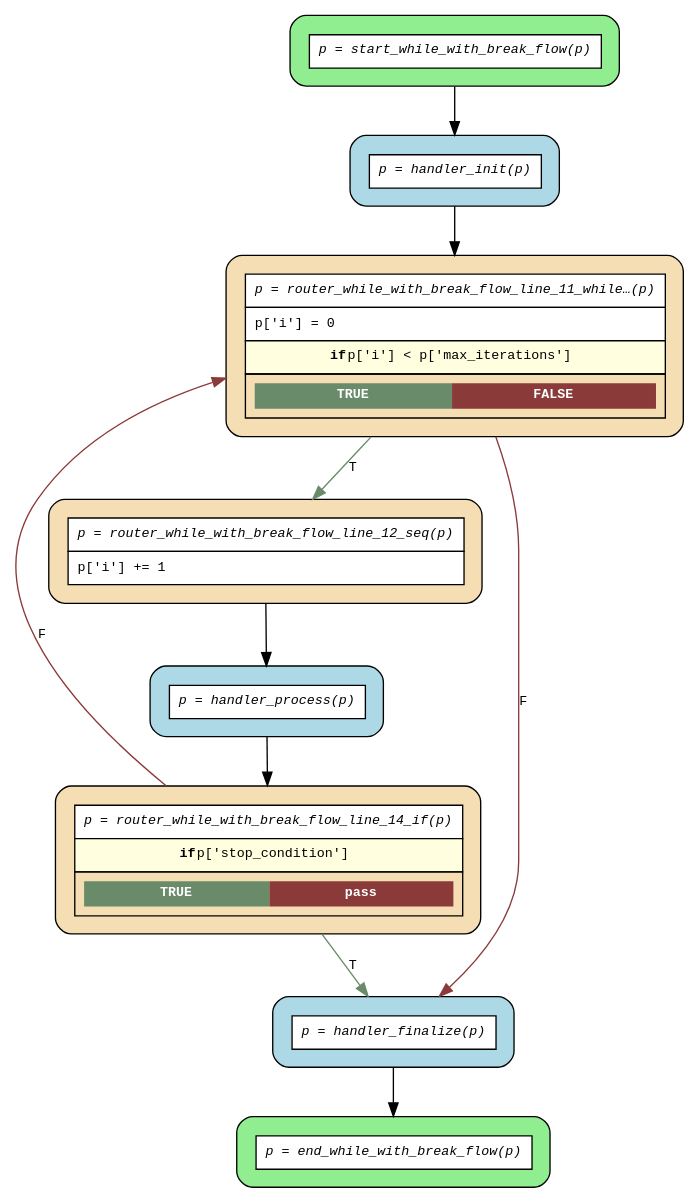
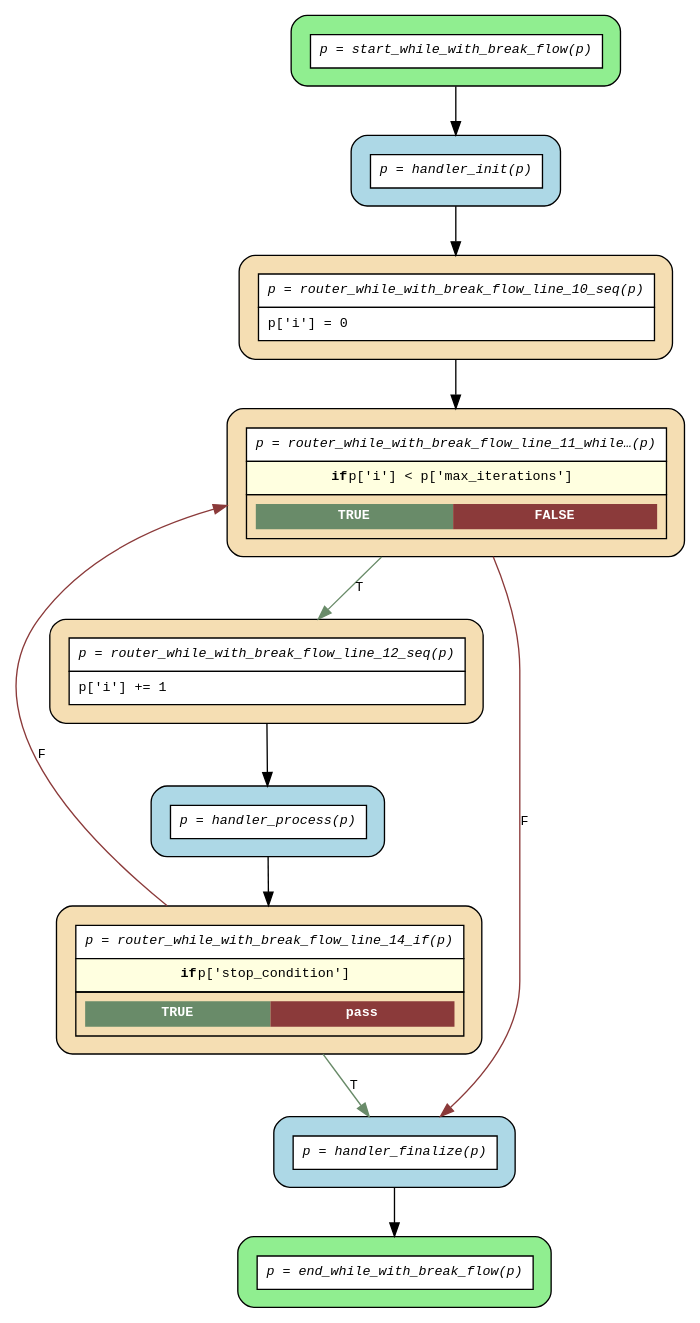
One commit to deliveryhero/asya changed the diagram in examples/flows/compiled/while_with_break/flow.dot. Above: the diagram before and after it, drawn with Graphviz. The commit also changed 31 other files, not shown here.

```diff
--- a/examples/flows/compiled/while_with_break/flow.dot
+++ b/examples/flows/compiled/while_with_break/flow.dot
@@ -1,25 +1,27 @@
 digraph flow {
   rankdir=TB;
   graph [fontname="Courier", fontsize=10];
   node [fontname="Courier", fontsize=10, shape=box, style="filled,rounded", margin="0.2"];
   edge [fontname="Courier", fontsize=10];
 
   start_while_with_break_flow [fillcolor="lightgreen", label=<<table border="0" cellspacing="0" cellpadding="6" cellborder="1"><tr><td bgcolor="white" align="center"><i>p = start_while_with_break_flow(p)</i></td></tr></table>>];
   router_while_with_break_flow_line_14_if [fillcolor="wheat", label=<<table border="0" cellspacing="0" cellpadding="6" cellborder="1"><tr><td bgcolor="white" align="center"><i>p = router_while_with_break_flow_line_14_if(p)</i></td></tr><tr><td bgcolor="lightyellow"><b>if</b> p['stop_condition']</td></tr><tr><td><table border="0" cellspacing="0" cellpadding="4"><tr><td bgcolor="darkseagreen4"><font color="white"><b>TRUE</b></font></td><td bgcolor="indianred4"><font color="white"><b>pass</b></font></td></tr></table></td></tr></table>>];
   router_while_with_break_flow_line_12_seq [fillcolor="wheat", label=<<table border="0" cellspacing="0" cellpadding="6" cellborder="1"><tr><td bgcolor="white" align="center"><i>p = router_while_with_break_flow_line_12_seq(p)</i></td></tr><tr><td bgcolor="white" align="left">p['i'] += 1</td></tr></table>>];
-  router_while_with_break_flow_line_11_while_0 [fillcolor="wheat", label=<<table border="0" cellspacing="0" cellpadding="6" cellborder="1"><tr><td bgcolor="white" align="center"><i>p = router_while_with_break_flow_line_11_while…(p)</i></td></tr><tr><td bgcolor="white" align="left">p['i'] = 0</td></tr><tr><td bgcolor="lightyellow"><b>if</b> p['i'] &lt; p['max_iterations']</td></tr><tr><td><table border="0" cellspacing="0" cellpadding="4"><tr><td bgcolor="darkseagreen4"><font color="white"><b>TRUE</b></font></td><td bgcolor="indianred4"><font color="white"><b>FALSE</b></font></td></tr></table></td></tr></table>>];
+  router_while_with_break_flow_line_11_while_0 [fillcolor="wheat", label=<<table border="0" cellspacing="0" cellpadding="6" cellborder="1"><tr><td bgcolor="white" align="center"><i>p = router_while_with_break_flow_line_11_while…(p)</i></td></tr><tr><td bgcolor="lightyellow"><b>if</b> p['i'] &lt; p['max_iterations']</td></tr><tr><td><table border="0" cellspacing="0" cellpadding="4"><tr><td bgcolor="darkseagreen4"><font color="white"><b>TRUE</b></font></td><td bgcolor="indianred4"><font color="white"><b>FALSE</b></font></td></tr></table></td></tr></table>>];
+  router_while_with_break_flow_line_10_seq [fillcolor="wheat", label=<<table border="0" cellspacing="0" cellpadding="6" cellborder="1"><tr><td bgcolor="white" align="center"><i>p = router_while_with_break_flow_line_10_seq(p)</i></td></tr><tr><td bgcolor="white" align="left">p['i'] = 0</td></tr></table>>];
   end_while_with_break_flow [fillcolor="lightgreen", label=<<table border="0" cellspacing="0" cellpadding="6" cellborder="1"><tr><td bgcolor="white" align="center"><i>p = end_while_with_break_flow(p)</i></td></tr></table>>];
   handler_finalize [fillcolor="lightblue", label=<<table border="0" cellspacing="0" cellpadding="6" cellborder="1"><tr><td bgcolor="white" align="center"><i>p = handler_finalize(p)</i></td></tr></table>>];
   handler_init [fillcolor="lightblue", label=<<table border="0" cellspacing="0" cellpadding="6" cellborder="1"><tr><td bgcolor="white" align="center"><i>p = handler_init(p)</i></td></tr></table>>];
   handler_process [fillcolor="lightblue", label=<<table border="0" cellspacing="0" cellpadding="6" cellborder="1"><tr><td bgcolor="white" align="center"><i>p = handler_process(p)</i></td></tr></table>>];
 
   handler_finalize -> end_while_with_break_flow;
-  handler_init -> router_while_with_break_flow_line_11_while_0;
+  handler_init -> router_while_with_break_flow_line_10_seq;
   handler_process -> router_while_with_break_flow_line_14_if;
+  router_while_with_break_flow_line_10_seq -> router_while_with_break_flow_line_11_while_0;
   router_while_with_break_flow_line_11_while_0 -> handler_finalize [label="F", color=indianred4];
   router_while_with_break_flow_line_11_while_0 -> router_while_with_break_flow_line_12_seq [label="T", color=darkseagreen4];
   router_while_with_break_flow_line_12_seq -> handler_process;
   router_while_with_break_flow_line_14_if -> handler_finalize [label="T", color=darkseagreen4];
   router_while_with_break_flow_line_14_if -> router_while_with_break_flow_line_11_while_0 [label="F", color=indianred4, constraint=false];
   start_while_with_break_flow -> handler_init;
 }
```
